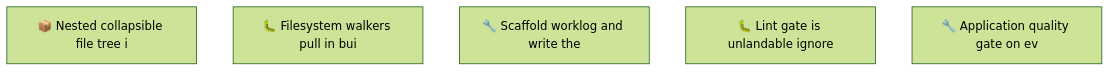
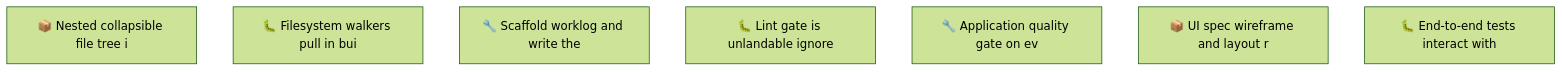
One commit to SpillwaveSolutions/okf-forge changed the second of 2 diagrams in docs/roadmap.md. Above: the diagram before and after it, drawn with Mermaid (forest theme). The commit also changed other lines of this file and 22 other files, not shown here.

First line of the commit message:
feat(ui): layout rubric, Editor spec and wireframe (01KYZ97ESCXSAG4KFAESST84QT, 01KYZ9TRM50FCMFFZDVW2VZ2CC)

````diff
--- a/docs/roadmap.md
+++ b/docs/roadmap.md
@@ -67,8 +73,10 @@
 ```mermaid
 graph TD
     01KYZ24K4MKBE0VN4YAZ84V221["📦 Nested collapsible file tree i"]
     01KYZ24K90F9SS04CRSJRB65R4["🐛 Filesystem walkers pull in bui"]
     01KYZ27EFFB9MG32Y3YVFHRTND["🔧 Scaffold worklog and write the"]
     01KYZ8TZY5GARKJKNC5NC1PE75["🐛 Lint gate is unlandable ignore"]
     01KYZ8V02N7W42QKDHYFK9ZS70["🔧 Application quality gate on ev"]
+    01KYZ97ESCXSAG4KFAESST84QT["📦 UI spec wireframe and layout r"]
+    01KYZ9TRM50FCMFFZDVW2VZ2CC["🐛 End-to-end tests interact with"]
 ```
````
